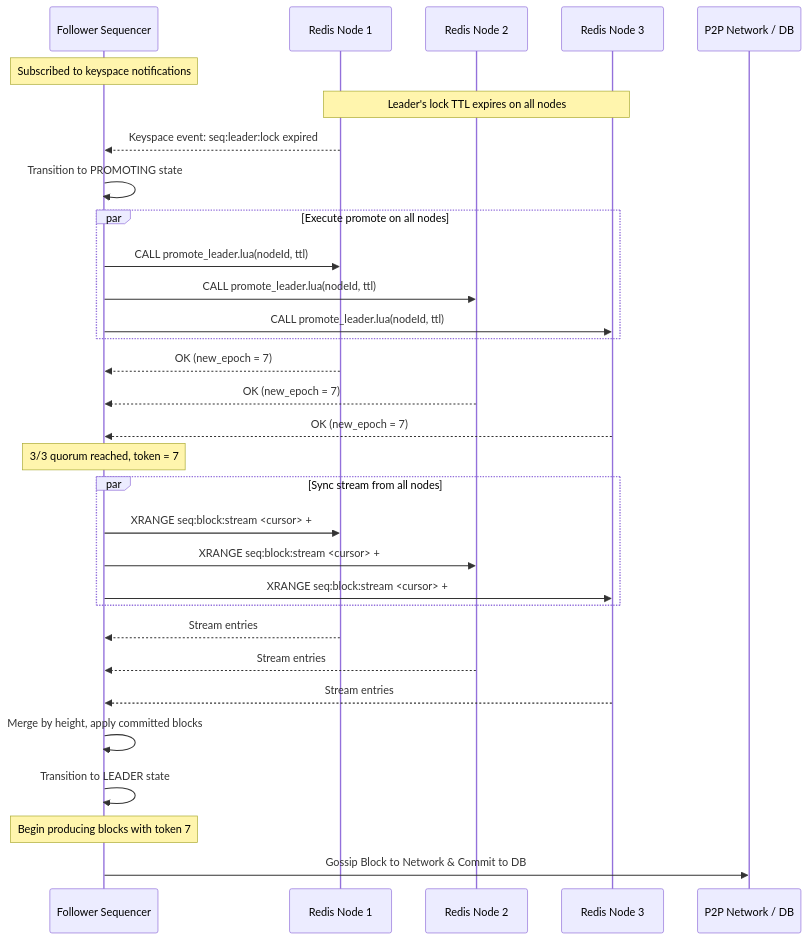
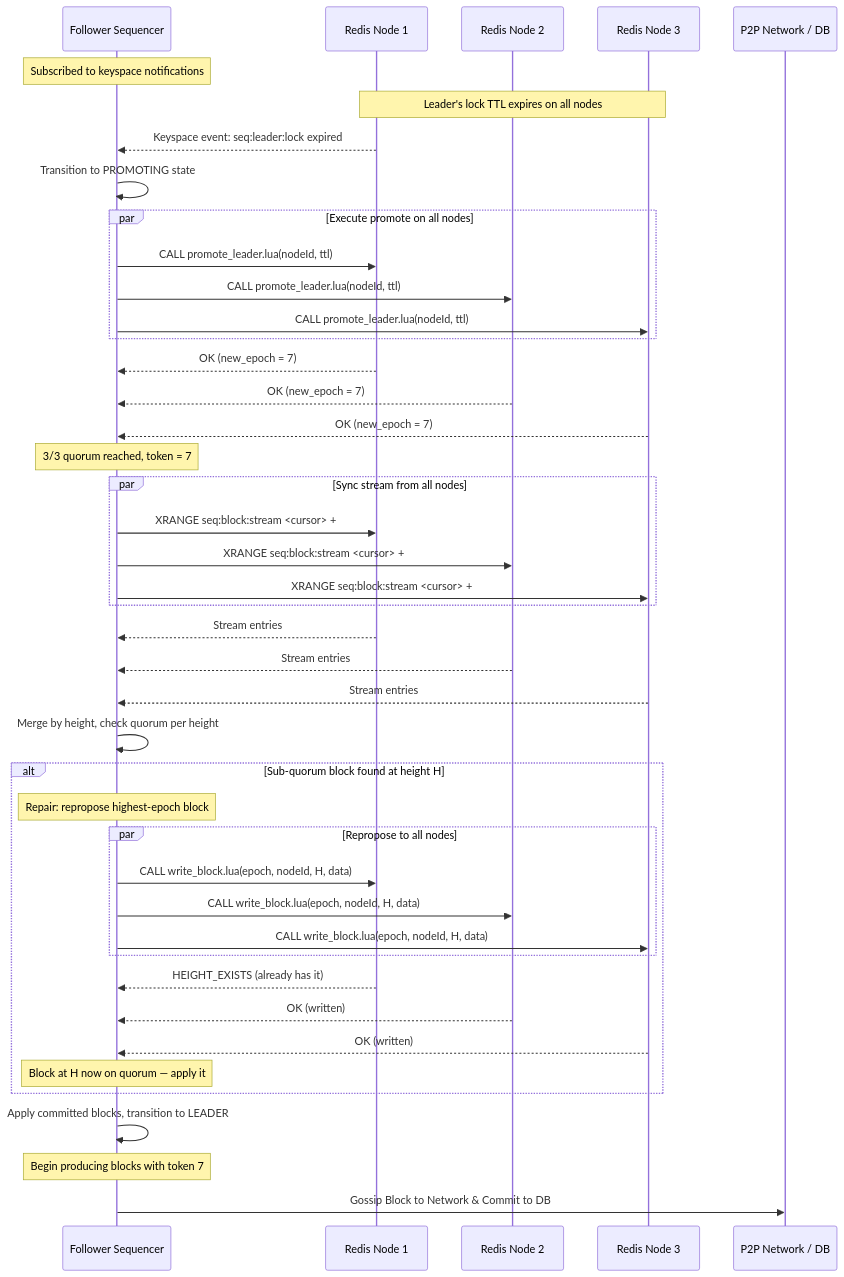
One commit to FuelLabs/fuel-core changed the second of 3 diagrams in docs/poa/failover.md. Above: the diagram before and after it, drawn with Mermaid. The commit also changed other lines of this file and 1 other file, not shown here.

First line of the commit message:
Update failover spec with HEIGHT_EXISTS and sub-quorum repair

````diff
--- a/docs/poa/failover.md
+++ b/docs/poa/failover.md
@@ -194,38 +198,52 @@
 ```mermaid
 sequenceDiagram
     participant F as Follower Sequencer
     participant R1 as Redis Node 1
     participant R2 as Redis Node 2
     participant R3 as Redis Node 3
     participant P2P as P2P Network / DB
 
     Note over F: Subscribed to keyspace notifications
     Note over R1,R3: Leader's lock TTL expires on all nodes
 
     R1-->>F: Keyspace event: seq:leader:lock expired
     F->>F: Transition to PROMOTING state
 
     par Execute promote on all nodes
         F->>R1: CALL promote_leader.lua(nodeId, ttl)
         F->>R2: CALL promote_leader.lua(nodeId, ttl)
         F->>R3: CALL promote_leader.lua(nodeId, ttl)
     end
     R1-->>F: OK (new_epoch = 7)
     R2-->>F: OK (new_epoch = 7)
     R3-->>F: OK (new_epoch = 7)
     Note over F: 3/3 quorum reached, token = 7
 
     par Sync stream from all nodes
         F->>R1: XRANGE seq:block:stream <cursor> +
         F->>R2: XRANGE seq:block:stream <cursor> +
         F->>R3: XRANGE seq:block:stream <cursor> +
     end
     R1-->>F: Stream entries
     R2-->>F: Stream entries
     R3-->>F: Stream entries
-    F->>F: Merge by height, apply committed blocks
-    F->>F: Transition to LEADER state
+    F->>F: Merge by height, check quorum per height
+
+    alt Sub-quorum block found at height H
+        Note over F: Repair: repropose highest-epoch block
+        par Repropose to all nodes
+            F->>R1: CALL write_block.lua(epoch, nodeId, H, data)
+            F->>R2: CALL write_block.lua(epoch, nodeId, H, data)
+            F->>R3: CALL write_block.lua(epoch, nodeId, H, data)
+        end
+        R1-->>F: HEIGHT_EXISTS (already has it)
+        R2-->>F: OK (written)
+        R3-->>F: OK (written)
+        Note over F: Block at H now on quorum — apply it
+    end
+
+    F->>F: Apply committed blocks, transition to LEADER
 
     Note over F: Begin producing blocks with token 7
     F->>P2P: Gossip Block to Network & Commit to DB
 ```
````
